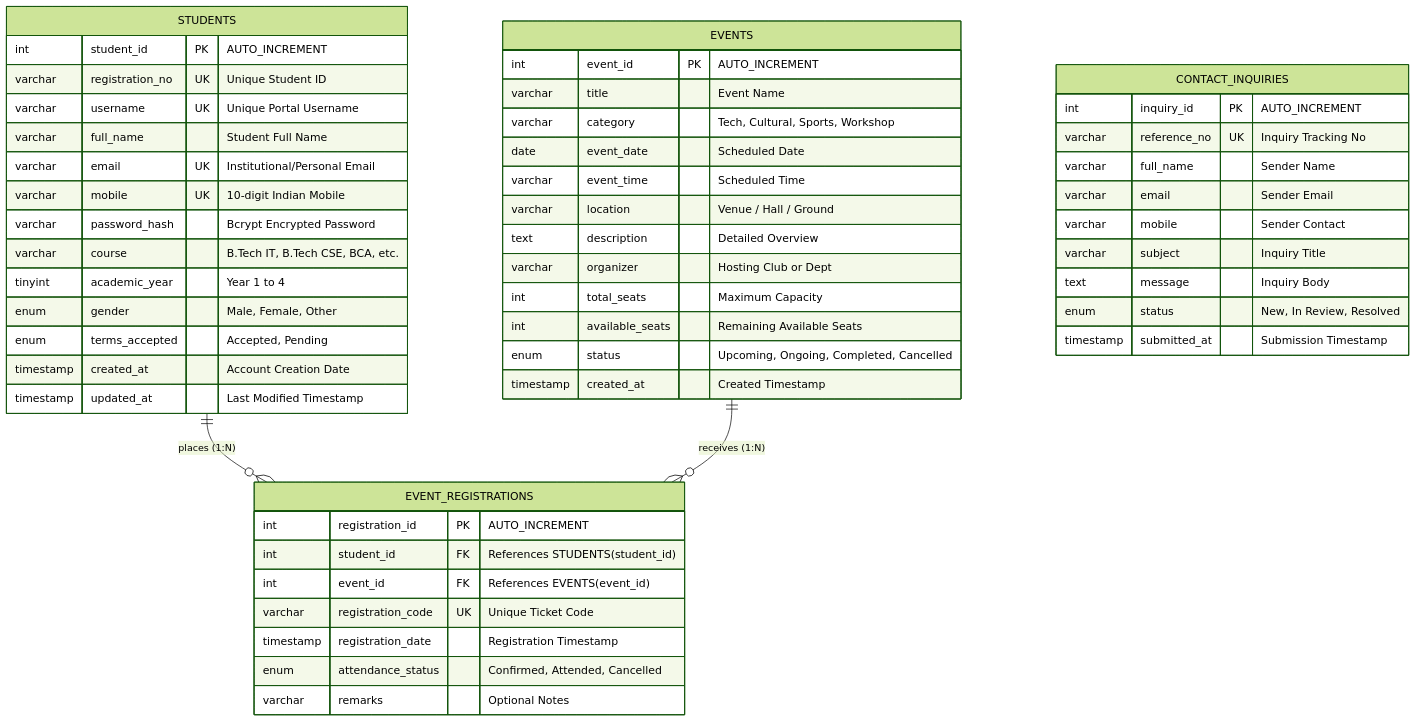
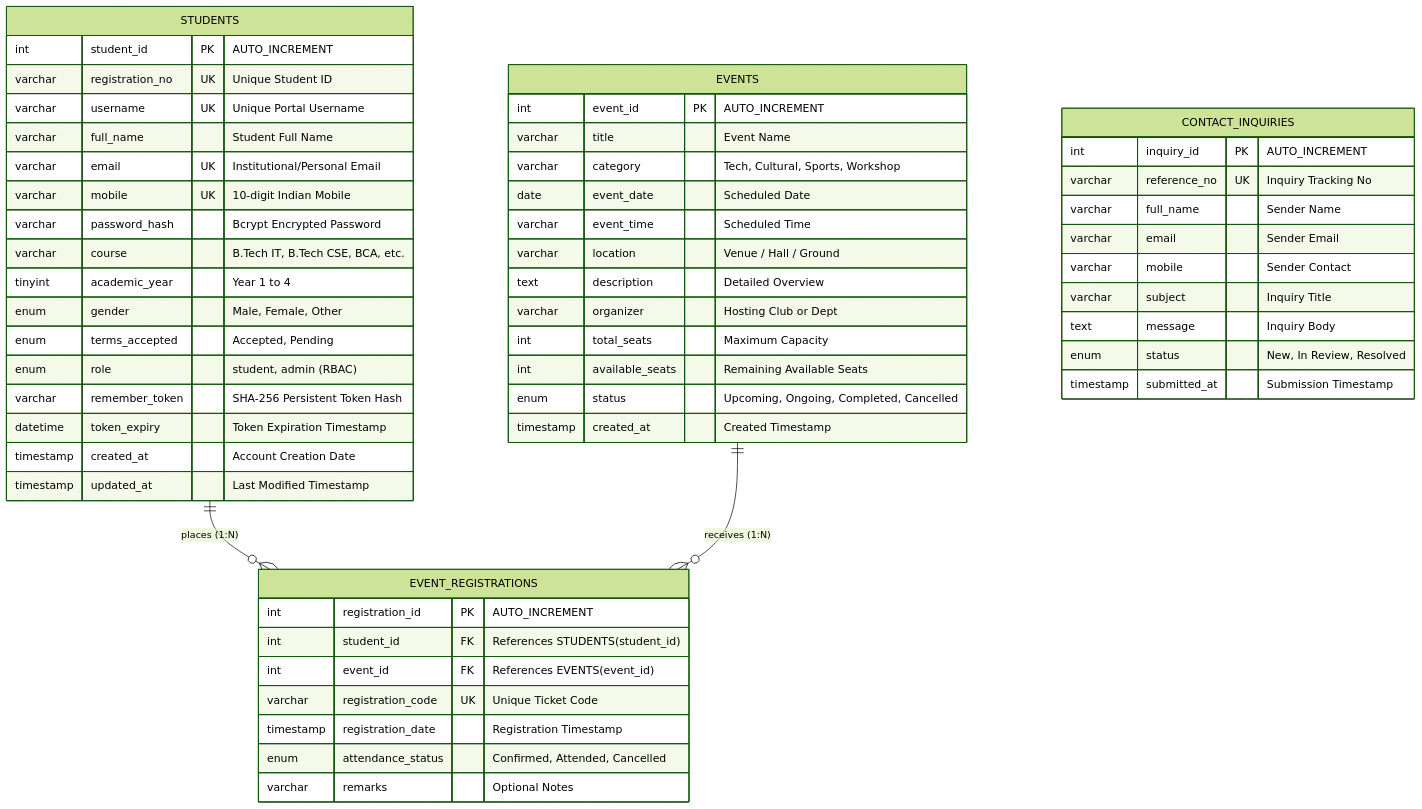
One commit to avipatel07/Student-Hub changed the diagram in docs/ER_MODEL.md. Above: the diagram before and after it, drawn with Mermaid (forest theme). The commit also changed 16 other files, not shown here.

````diff
--- a/docs/ER_MODEL.md
+++ b/docs/ER_MODEL.md
@@ -13,58 +13,61 @@
 ```mermaid
 erDiagram
     STUDENTS ||--o{ EVENT_REGISTRATIONS : "places (1:N)"
     EVENTS ||--o{ EVENT_REGISTRATIONS : "receives (1:N)"
     
     STUDENTS {
         int student_id PK "AUTO_INCREMENT"
         varchar registration_no UK "Unique Student ID"
         varchar username UK "Unique Portal Username"
         varchar full_name "Student Full Name"
         varchar email UK "Institutional/Personal Email"
         varchar mobile UK "10-digit Indian Mobile"
         varchar password_hash "Bcrypt Encrypted Password"
         varchar course "B.Tech IT, B.Tech CSE, BCA, etc."
         tinyint academic_year "Year 1 to 4"
         enum gender "Male, Female, Other"
         enum terms_accepted "Accepted, Pending"
+        enum role "student, admin (RBAC)"
+        varchar remember_token "SHA-256 Persistent Token Hash"
+        datetime token_expiry "Token Expiration Timestamp"
         timestamp created_at "Account Creation Date"
         timestamp updated_at "Last Modified Timestamp"
     }
 
     EVENTS {
         int event_id PK "AUTO_INCREMENT"
         varchar title "Event Name"
         varchar category "Tech, Cultural, Sports, Workshop"
         date event_date "Scheduled Date"
         varchar event_time "Scheduled Time"
         varchar location "Venue / Hall / Ground"
         text description "Detailed Overview"
         varchar organizer "Hosting Club or Dept"
         int total_seats "Maximum Capacity"
         int available_seats "Remaining Available Seats"
         enum status "Upcoming, Ongoing, Completed, Cancelled"
         timestamp created_at "Created Timestamp"
     }
 
     EVENT_REGISTRATIONS {
         int registration_id PK "AUTO_INCREMENT"
         int student_id FK "References STUDENTS(student_id)"
         int event_id FK "References EVENTS(event_id)"
         varchar registration_code UK "Unique Ticket Code"
         timestamp registration_date "Registration Timestamp"
         enum attendance_status "Confirmed, Attended, Cancelled"
         varchar remarks "Optional Notes"
     }
 
     CONTACT_INQUIRIES {
         int inquiry_id PK "AUTO_INCREMENT"
         varchar reference_no UK "Inquiry Tracking No"
         varchar full_name "Sender Name"
         varchar email "Sender Email"
         varchar mobile "Sender Contact"
         varchar subject "Inquiry Title"
         text message "Inquiry Body"
         enum status "New, In Review, Resolved"
         timestamp submitted_at "Submission Timestamp"
     }
 ```
````
